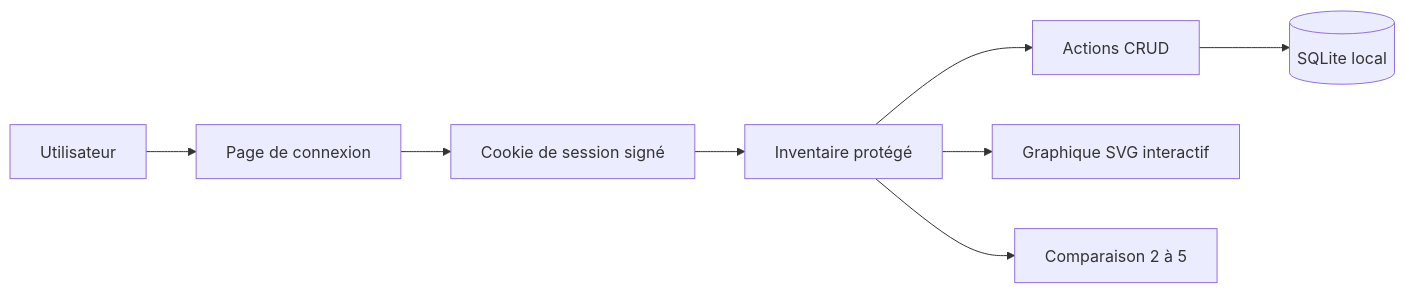
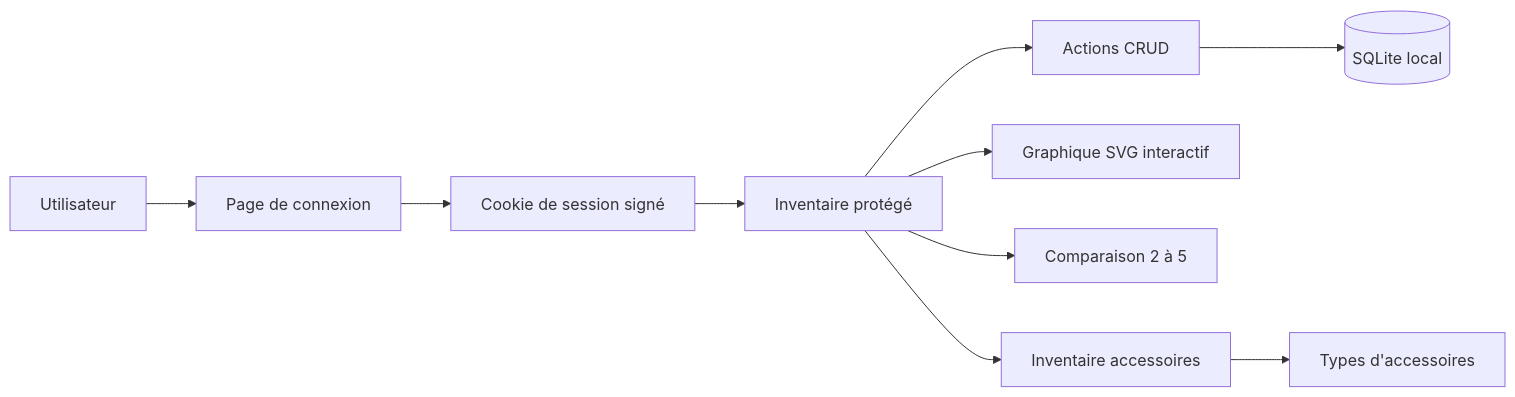
One commit to ThibaultAuge/PhotoPark changed the first of 2 diagrams in README.md. Above: the diagram before and after it, drawn with Mermaid. The commit also changed other lines of this file and 33 other files, not shown here.

````diff
--- a/README.md
+++ b/README.md
@@ -29,10 +34,12 @@
 ```mermaid
 flowchart LR
     User[Utilisateur] --> Login[Page de connexion]
     Login --> Session[Cookie de session signé]
     Session --> App[Inventaire protégé]
     App --> CRUD[Actions CRUD]
     CRUD --> SQLite[(SQLite local)]
     App --> Chart[Graphique SVG interactif]
     App --> Compare[Comparaison 2 à 5]
+    App --> Accessories[Inventaire accessoires]
+    Accessories --> AccessorySettings[Types d'accessoires]
 ```
````
